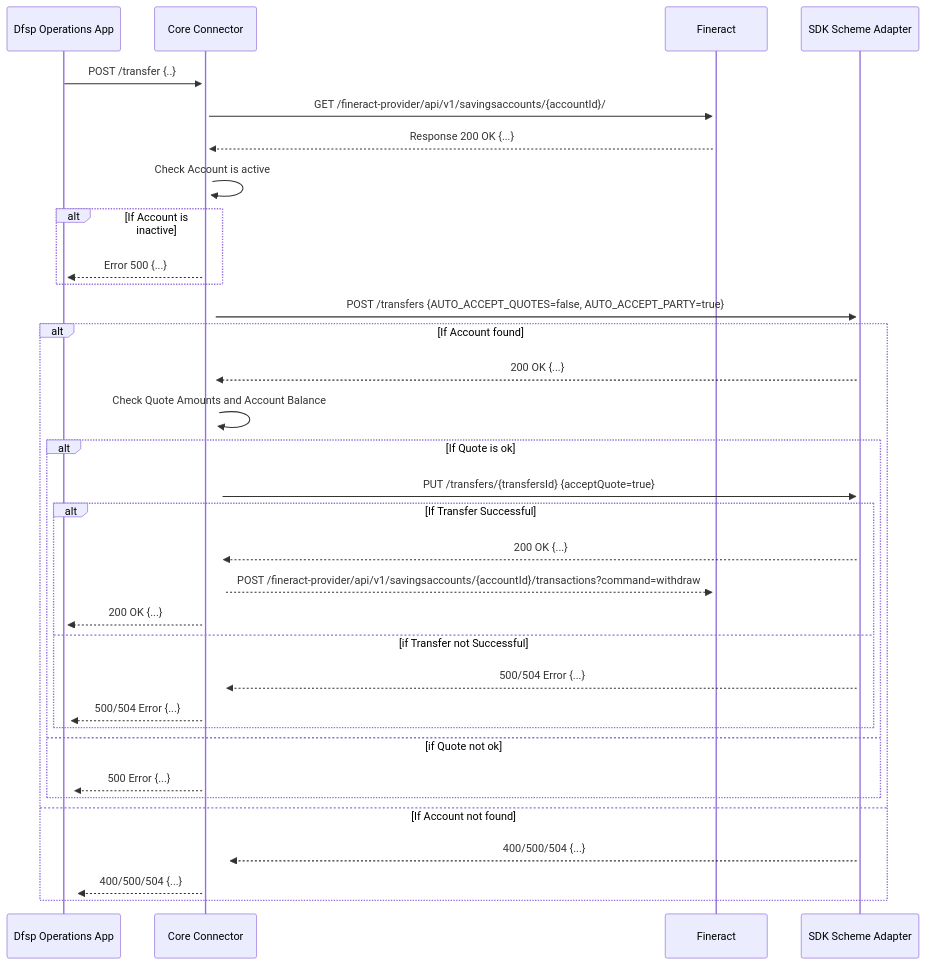
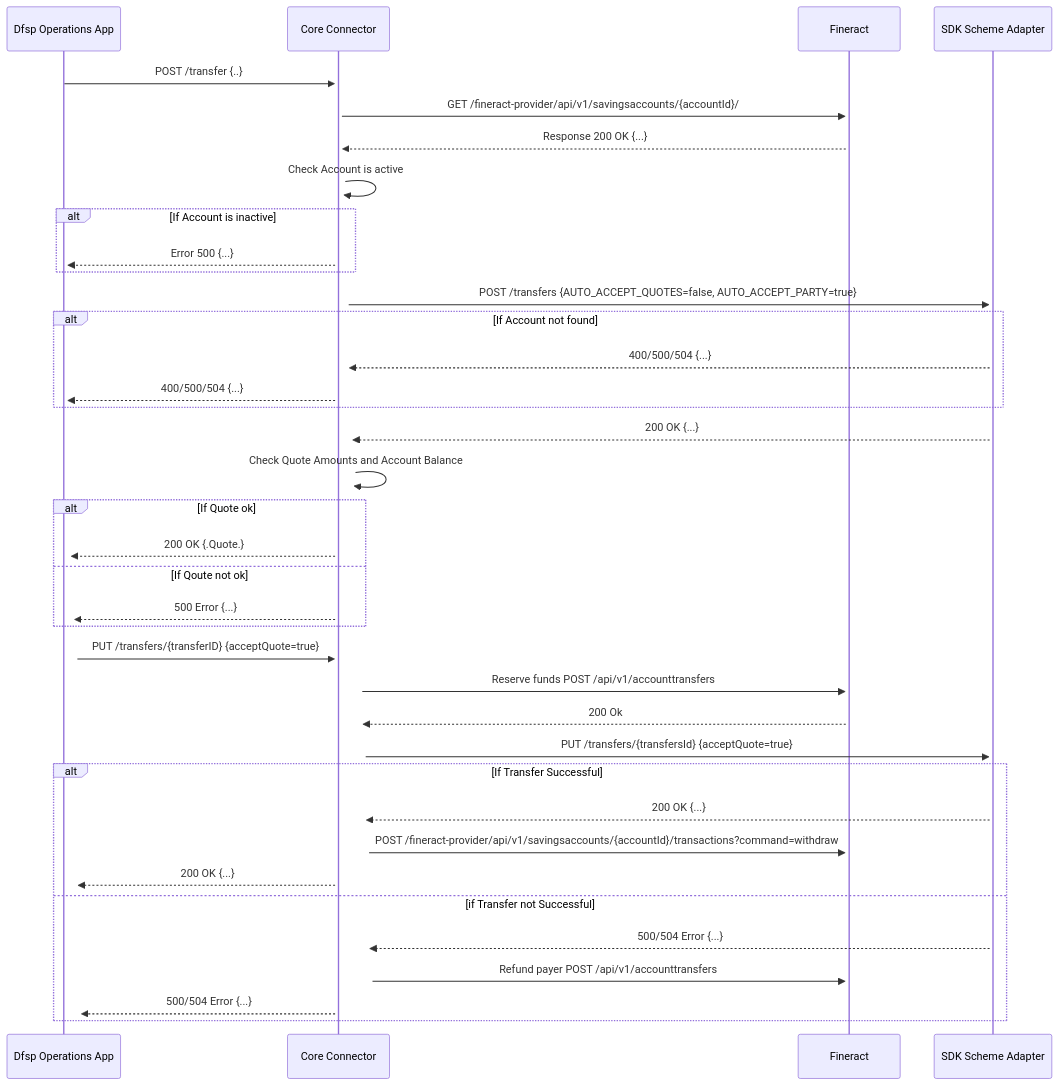
The second of 2 diagrams in README.md (mojaloop/mifos-core-connector-docs), drawn with Mermaid before and after one commit.

````diff
--- a/README.md
+++ b/README.md
@@ -122,32 +122,35 @@
 ```mermaid
 sequenceDiagram
     Dfsp Operations App->>+Core Connector: POST /transfer {..} 
     Core Connector->>+Fineract: GET /fineract-provider/api/v1/savingsaccounts/{accountId}/
     Fineract-->>+Core Connector: Response 200 OK {...}
     Core Connector->>+ Core Connector: Check Account is active
     Alt If Account is inactive
     Core Connector -->>+ Dfsp Operations App: Error 500 {...}
     End
     Core Connector->>+ SDK Scheme Adapter: POST /transfers {AUTO_ACCEPT_QUOTES=false, AUTO_ACCEPT_PARTY=true}
-    Alt If Account found
+    Alt If Account not found
+    SDK Scheme Adapter-->>+ Core Connector: 400/500/504 {...} 
+    Core Connector-->>+ Dfsp Operations App: 400/500/504 {...}
+    End
     SDK Scheme Adapter-->>+ Core Connector: 200 OK {...}
     Core Connector->>+ Core Connector: Check Quote Amounts and Account Balance
-    Alt If Quote is ok
+    Alt If Quote ok
+    Core Connector-->>+ Dfsp Operations App: 200 OK {.Quote.}
+    Else If Qoute not ok
+    Core Connector-->>+ Dfsp Operations App: 500 Error {...}
+    End
+    Dfsp Operations App->>+ Core Connector: PUT /transfers/{transferID} {acceptQuote=true}
+    Core Connector->>+ Fineract: Reserve funds POST /api/v1/accounttransfers
+    Fineract-->>+ Core Connector: 200 Ok
     Core Connector->>+ SDK Scheme Adapter: PUT /transfers/{transfersId} {acceptQuote=true}
     Alt If Transfer Successful
     SDK Scheme Adapter-->>+ Core Connector: 200 OK {...}
-    Core Connector-->>+ Fineract:POST /fineract-provider/api/v1/savingsaccounts/{accountId}/transactions?command=withdraw
+    Core Connector->>+ Fineract:POST /fineract-provider/api/v1/savingsaccounts/{accountId}/transactions?command=withdraw
     Core Connector -->>+ Dfsp Operations App: 200 OK {...}
     Else if Transfer not Successful
     SDK Scheme Adapter -->>+ Core Connector: 500/504 Error {...}
+    Core Connector ->>+ Fineract: Refund payer POST /api/v1/accounttransfers
     Core Connector-->>+ Dfsp Operations App: 500/504 Error {...}
     End
-    Else if Quote not ok
-    Core Connector-->>+ Dfsp Operations App: 500 Error {...}
-    End
-    Else If Account not found
-    SDK Scheme Adapter-->>+ Core Connector: 400/500/504 {...} 
-    Core Connector-->>+ Dfsp Operations App: 400/500/504 {...}
-    End
-
 ```
````
